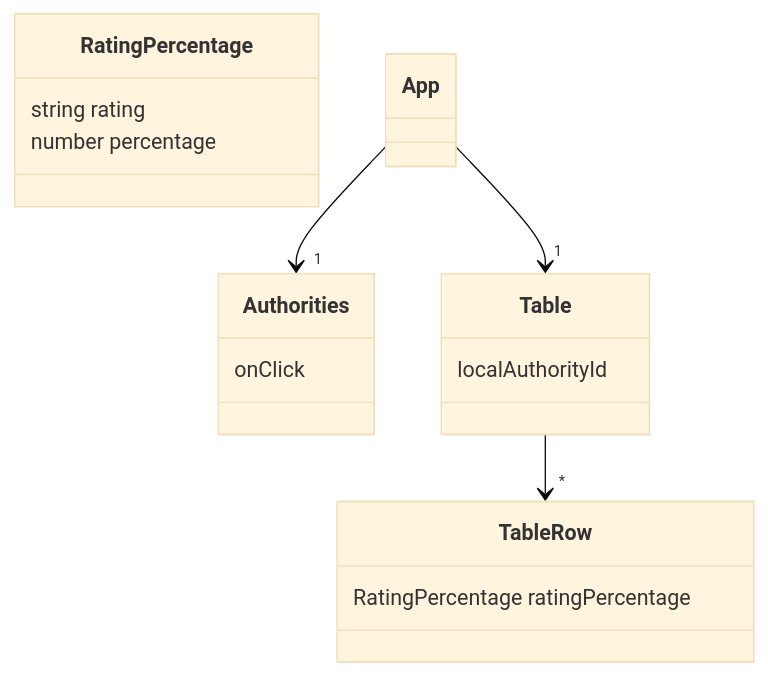
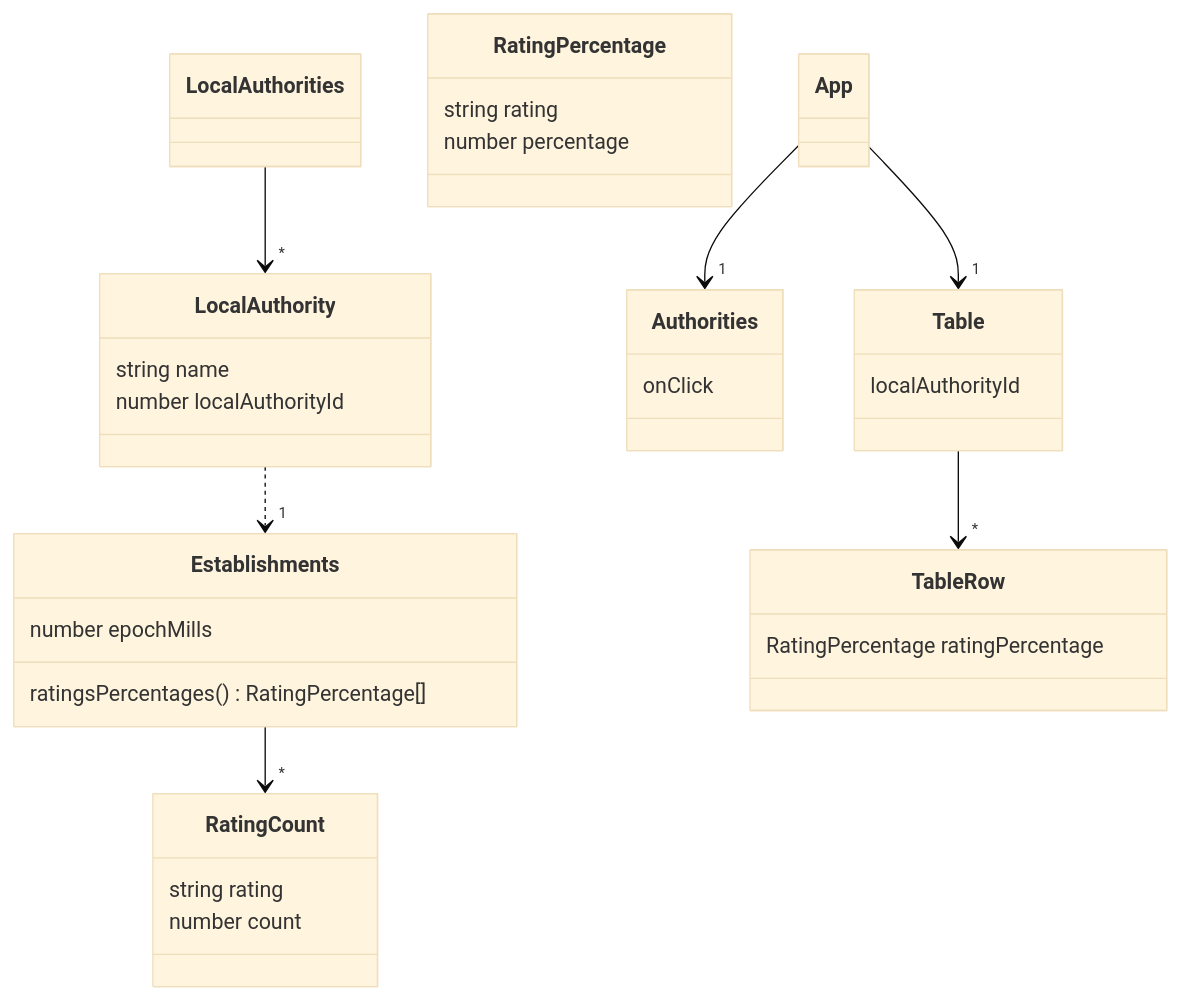
Before and after one commit to jg210/spring-experiments: the diagram in README.md, drawn with Mermaid (base theme).

Commit message:
Add rest of data model classes to mermaid class diagram.

````diff
--- a/README.md
+++ b/README.md
@@ -18,21 +18,39 @@
 ```mermaid
 classDiagram
     %% Data Model
+    class LocalAuthorities {
+    }
+    class LocalAuthority {
+        string name
+        number localAuthorityId
+    }
+    class Establishments {
+        number epochMills
+        ratingsPercentages() RatingPercentage[]
+    }
+    class RatingCount {
+        string rating
+        number count
+    }
     class RatingPercentage {
        string rating
        number percentage
     }
     %% Components
     class Authorities {
          onClick
     }
     class Table {
         localAuthorityId
     }
     class TableRow {
         RatingPercentage ratingPercentage
     }
+    %% Relationships
+    LocalAuthorities --> "*" LocalAuthority
+    LocalAuthority ..> "1" Establishments
+    Establishments --> "*" RatingCount
     App --> "1" Authorities
     App --> "1" Table
     Table --> "*" TableRow
 ```
````
